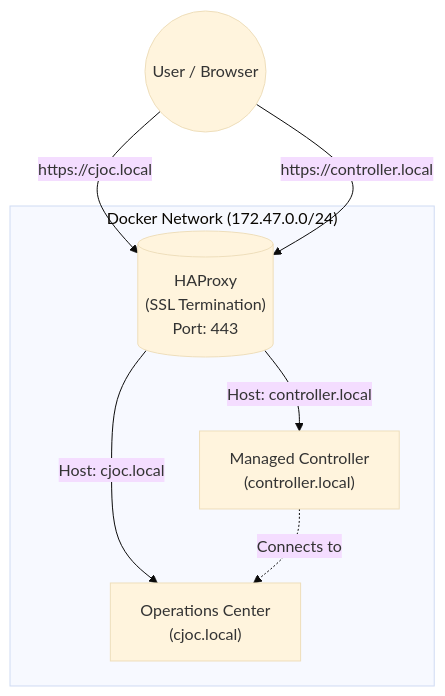
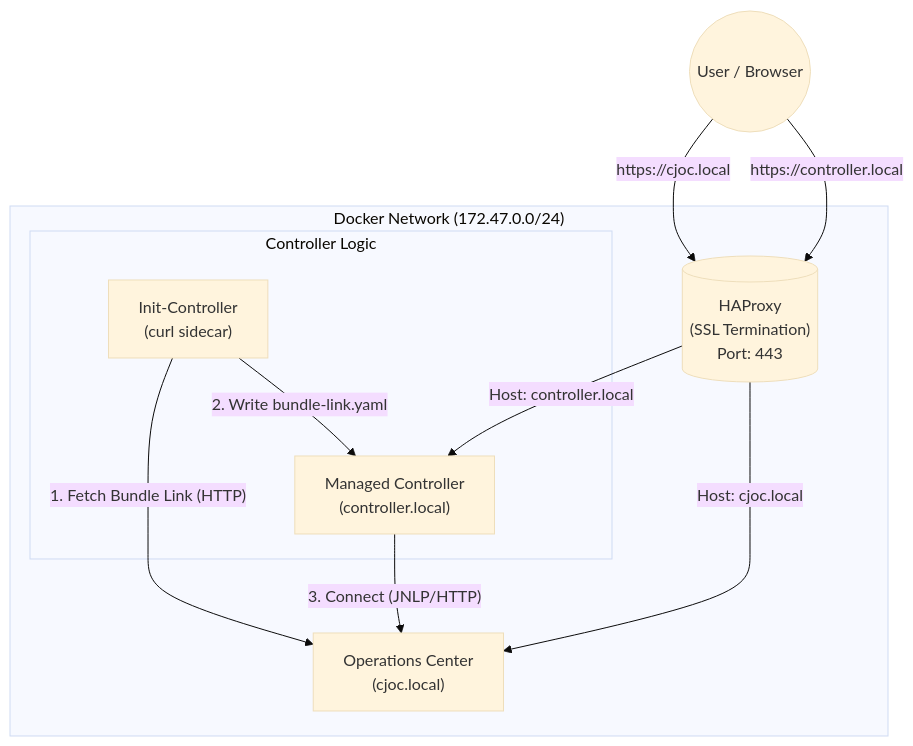
One commit to cb-ci/ci-traditional changed the diagram in README.md. Above: the diagram before and after it, drawn with Mermaid (base theme). The commit also changed other lines of this file and 15 other files, not shown here.

````diff
--- a/README.md
+++ b/README.md
@@ -45,24 +49,30 @@
 ```mermaid
 graph TD
     User((User / Browser))
     
     subgraph "Docker Network (172.47.0.0/24)"
         HAProxy[("HAProxy
         (SSL Termination)
         Port: 443")]
         
         CJOC["Operations Center
         (cjoc.local)"]
         
-        Controller["Managed Controller
-        (controller.local)"]
+        subgraph "Controller Logic"
+            Init["Init-Controller
+            (curl sidecar)"]
+            Controller["Managed Controller
+            (controller.local)"]
+        end
         
         HAProxy -->|Host: cjoc.local| CJOC
         HAProxy -->|Host: controller.local| Controller
         
-        Controller -.->|Connects to| CJOC
+        Init -- "1. Fetch Bundle Link (HTTP)" --> CJOC
+        Init -- "2. Write bundle-link.yaml" --> Controller
+        Controller -- "3. Connect (JNLP/HTTP)" --> CJOC
     end
     
     User -->|https://cjoc.local| HAProxy
     User -->|https://controller.local| HAProxy
 ```
````
